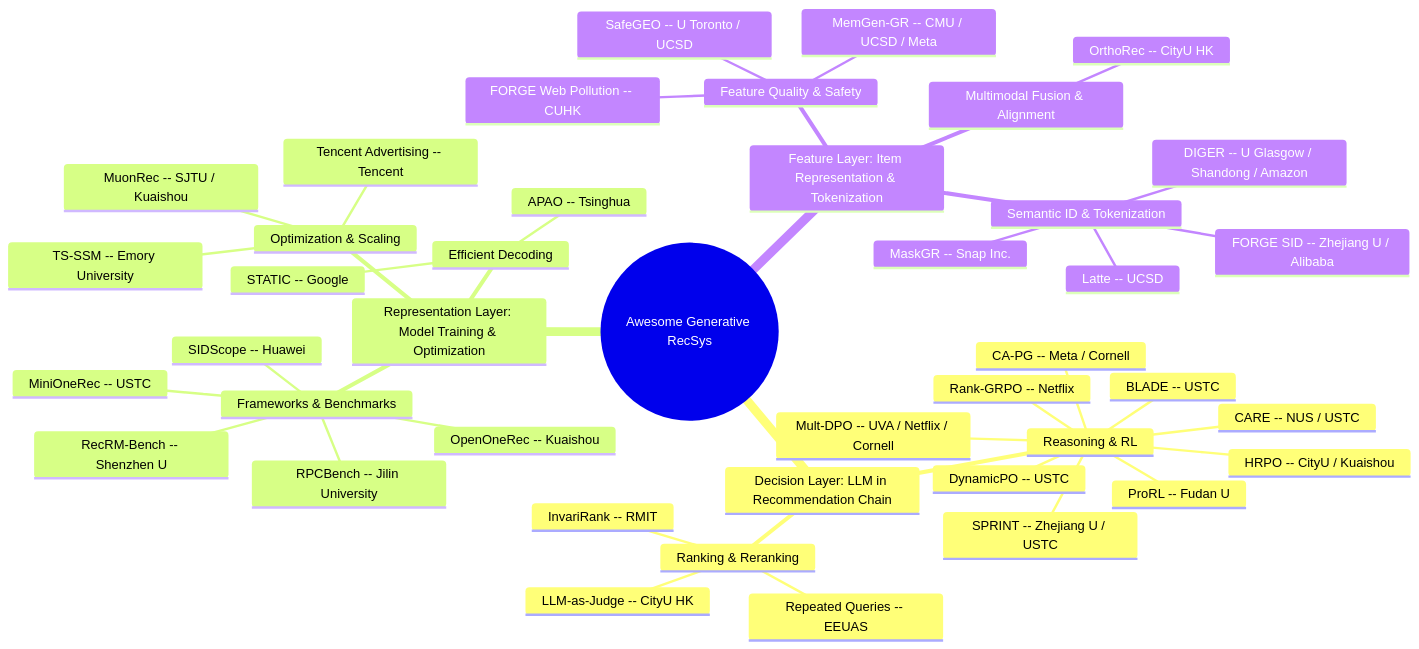
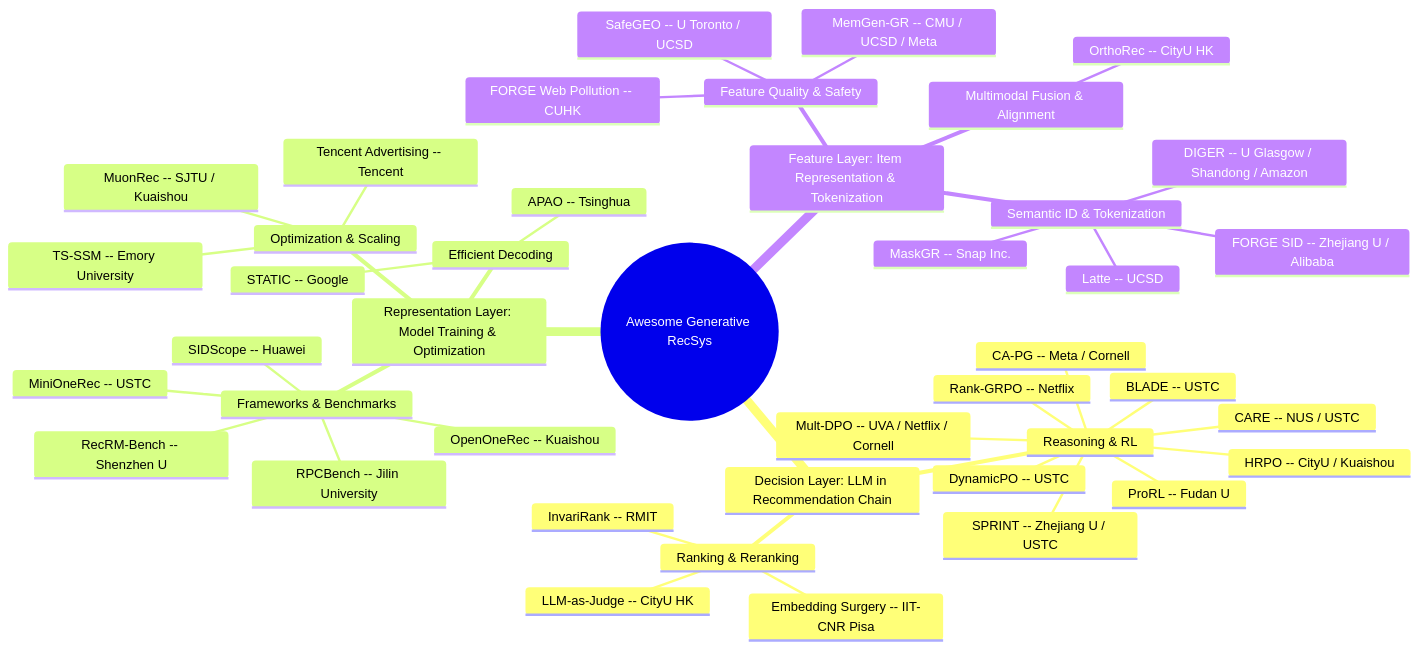
Before and after one commit to HaFred/awesome-generative-recsys: the diagram in README.md, drawn with Mermaid. The commit also changed other lines of this file and 3 other files, not shown here.

````diff
--- a/README.md
+++ b/README.md
@@ -29,45 +29,45 @@
 ```mermaid
 mindmap
   root((Awesome Generative RecSys))
     Decision Layer: LLM in Recommendation Chain
       Reasoning & RL
         Rank-GRPO -- Netflix
         DynamicPO -- USTC
         BLADE -- USTC
         SPRINT -- Zhejiang U / USTC
         CARE -- NUS / USTC
         HRPO -- CityU / Kuaishou
         Mult-DPO -- UVA / Netflix / Cornell
         CA-PG -- Meta / Cornell
         ProRL -- Fudan U
       Ranking & Reranking
         InvariRank -- RMIT
         LLM-as-Judge -- CityU HK
-        Repeated Queries -- EEUAS
+        Embedding Surgery -- IIT-CNR Pisa
     Representation Layer: Model Training & Optimization
       Frameworks & Benchmarks
         MiniOneRec -- USTC
         OpenOneRec -- Kuaishou
         RecRM-Bench -- Shenzhen U
         SIDScope -- Huawei
         RPCBench -- Jilin University
       Efficient Decoding
         STATIC -- Google
         APAO -- Tsinghua
       Optimization & Scaling
         MuonRec -- SJTU / Kuaishou
         Tencent Advertising -- Tencent
         TS-SSM -- Emory University
     Feature Layer: Item Representation & Tokenization
       Semantic ID & Tokenization
         Latte -- UCSD
         FORGE SID -- Zhejiang U / Alibaba
         DIGER -- U Glasgow / Shandong / Amazon
         MaskGR -- Snap Inc.
       Multimodal Fusion & Alignment
         OrthoRec -- CityU HK
       Feature Quality & Safety
         SafeGEO -- U Toronto / UCSD
         MemGen-GR -- CMU / UCSD / Meta
         FORGE Web Pollution -- CUHK
 ```
````
